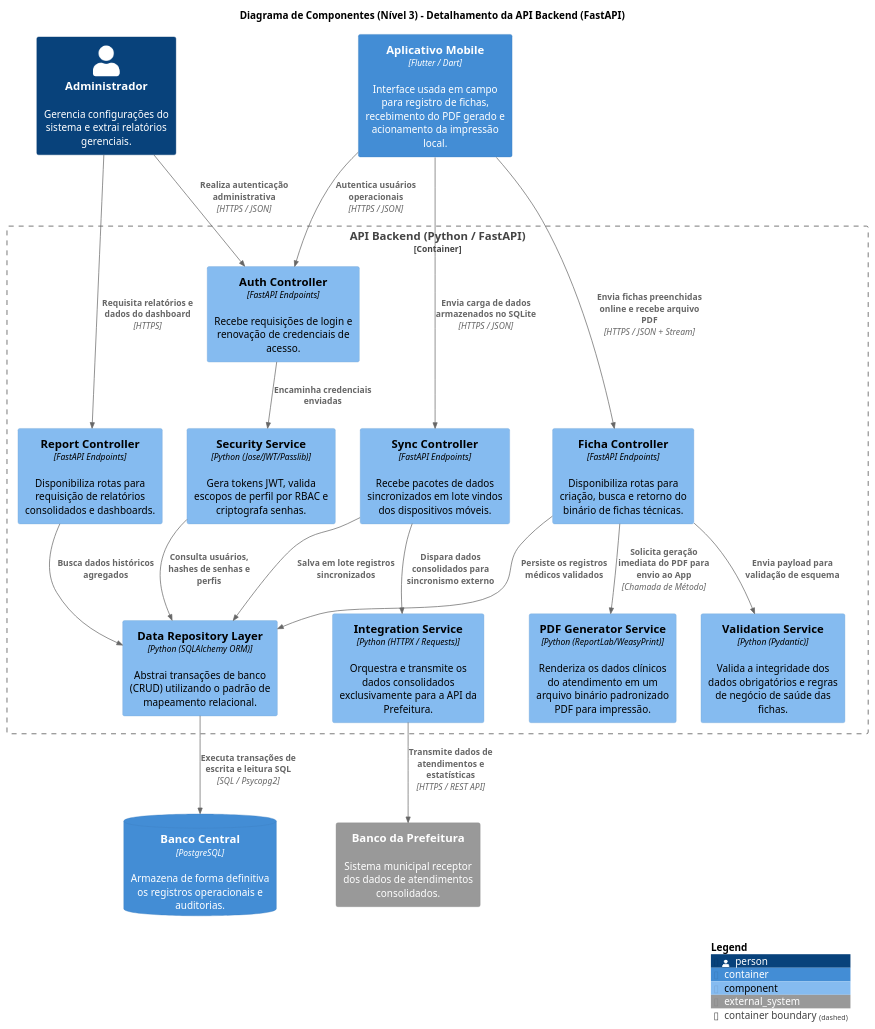
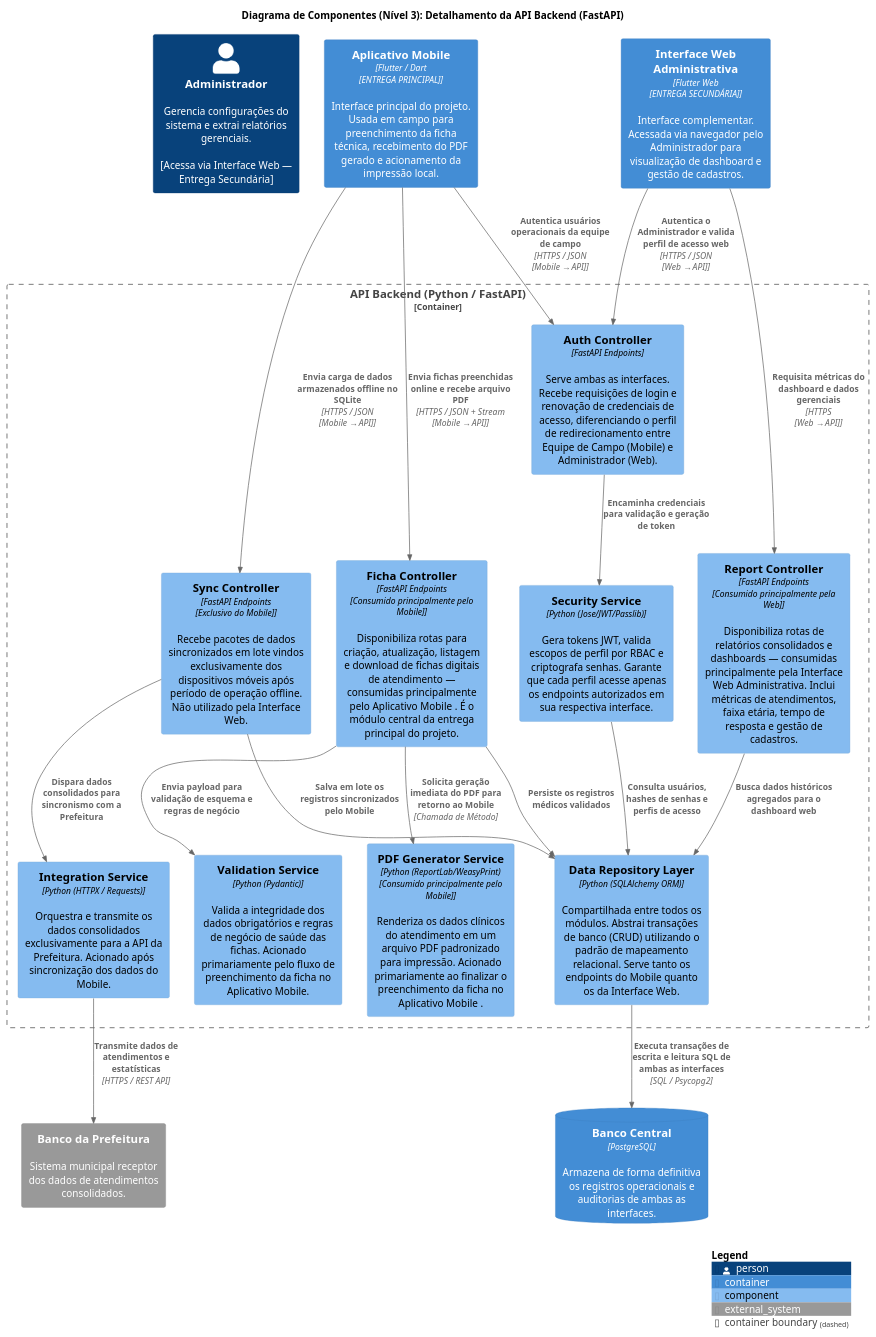
Before and after one commit to Madu3304/Software_brava: the diagram in ModeloC4/nivel3.puml, drawn with PlantUML. The commit also changed 4 other files, not shown here.

```diff
--- a/ModeloC4/nivel3.puml
+++ b/ModeloC4/nivel3.puml
@@ -1,77 +1,104 @@
 @startuml c4Nivel3
 
 !include https://raw.githubusercontent.com/RicardoNiepel/C4-PlantUML/master/C4_Component.puml
-
-title Diagrama de Componentes (Nível 3) - Detalhamento da API Backend (FastAPI)
+title Diagrama de Componentes (Nível 3): Detalhamento da API Backend (FastAPI)
 
 ' ========================================================
 ' Elementos Externos à API (Atores e Containers do Nível 2)
 ' ========================================================
-Person(admin, "Administrador", "Gerencia configurações do sistema e extrai relatórios gerenciais.")
-Container(app_mobile, "Aplicativo Mobile", "Flutter / Dart", "Interface usada em campo para registro de fichas, recebimento do PDF gerado e acionamento da impressão local.")
+Person(admin, "Administrador", "Gerencia configurações do sistema e extrai relatórios gerenciais.\n\n[Acessa via Interface Web — Entrega Secundária]")
 
-ContainerDb(postgres, "Banco Central", "PostgreSQL", "Armazena de forma definitiva os registros operacionais e auditorias.")
+Container(app_mobile, "Aplicativo Mobile ", "Flutter / Dart\n[ENTREGA PRINCIPAL]", "Interface principal do projeto. Usada em campo para preenchimento da ficha técnica, recebimento do PDF gerado e acionamento da impressão local.")
+
+Container(app_web, "Interface Web Administrativa", "Flutter Web\n[ENTREGA SECUNDÁRIA]", "Interface complementar. Acessada via navegador pelo Administrador para visualização de dashboard e gestão de cadastros.")
+
+ContainerDb(postgres, "Banco Central", "PostgreSQL", "Armazena de forma definitiva os registros operacionais e auditorias de ambas as interfaces.")
+
 System_Ext(prefeitura, "Banco da Prefeitura", "Sistema municipal receptor dos dados de atendimentos consolidados.")
 
 ' ========================================================
 ' Fronteira do Container: API Backend
 ' ========================================================
 Container_Boundary(api, "API Backend (Python / FastAPI)") {
 
+    ' --------------------------------------------------------
     ' Módulo de Autenticação e Segurança
-    Component(auth_controller, "Auth Controller", "FastAPI Endpoints", "Recebe requisições de login e renovação de credenciais de acesso.")
-    Component(security_service, "Security Service", "Python (Jose/JWT/Passlib)", "Gera tokens JWT, valida escopos de perfil por RBAC e criptografa senhas.")
+    ' Serve tanto o Mobile quanto a Web
+    ' --------------------------------------------------------
+    Component(auth_controller, "Auth Controller", "FastAPI Endpoints", "Serve ambas as interfaces. Recebe requisições de login e renovação de credenciais de acesso, diferenciando o perfil de redirecionamento entre Equipe de Campo (Mobile) e Administrador (Web).")
 
+    Component(security_service, "Security Service", "Python (Jose/JWT/Passlib)", "Gera tokens JWT, valida escopos de perfil por RBAC e criptografa senhas. Garante que cada perfil acesse apenas os endpoints autorizados em sua respectiva interface.")
+
+    ' --------------------------------------------------------
     ' Módulo de Processamento de Fichas
-    Component(ficha_controller, "Ficha Controller", "FastAPI Endpoints", "Disponibiliza rotas para criação, busca e retorno do binário de fichas técnicas.")
-    Component(validation_service, "Validation Service", "Python (Pydantic)", "Valida a integridade dos dados obrigatórios e regras de negócio de saúde das fichas.")
+    ' Consumido primariamente pelo Aplicativo Mobile 
+    ' --------------------------------------------------------
+    Component(ficha_controller, "Ficha Controller", "FastAPI Endpoints\n[Consumido principalmente pelo Mobile]", "Disponibiliza rotas para criação, atualização, listagem e download de fichas digitais de atendimento — consumidas principalmente pelo Aplicativo Mobile . É o módulo central da entrega principal do projeto.")
 
-    ' Módulo de Geração de Documentos e PDFs
-    Component(pdf_generator, "PDF Generator Service", "Python (ReportLab/WeasyPrint)", "Renderiza os dados clínicos do atendimento em um arquivo binário padronizado PDF para impressão.")
+    Component(validation_service, "Validation Service", "Python (Pydantic)", "Valida a integridade dos dados obrigatórios e regras de negócio de saúde das fichas. Acionado primariamente pelo fluxo de preenchimento da ficha no Aplicativo Mobile.")
 
+    ' --------------------------------------------------------
+    ' Módulo de Geração de PDF
+    ' Consumido primariamente pelo Aplicativo Mobile 
+    ' --------------------------------------------------------
+    Component(pdf_generator, "PDF Generator Service", "Python (ReportLab/WeasyPrint)\n[Consumido principalmente pelo Mobile]", "Renderiza os dados clínicos do atendimento em um arquivo PDF padronizado para impressão. Acionado primariamente ao finalizar o preenchimento da ficha no Aplicativo Mobile .")
+
+    ' --------------------------------------------------------
     ' Módulo de Administração e Relatórios Operacionais
-    Component(report_controller, "Report Controller", "FastAPI Endpoints", "Disponibiliza rotas para requisição de relatórios consolidados e dashboards.")
+    ' Consumido primariamente pela Interface Web Administrativa
+    ' --------------------------------------------------------
+    Component(report_controller, "Report Controller", "FastAPI Endpoints\n[Consumido principalmente pela Web]", "Disponibiliza rotas de relatórios consolidados e dashboards — consumidas principalmente pela Interface Web Administrativa. Inclui métricas de atendimentos, faixa etária, tempo de resposta e gestão de cadastros.")
 
+    ' --------------------------------------------------------
     ' Módulo de Sincronização e Integração
-    Component(sync_controller, "Sync Controller", "FastAPI Endpoints", "Recebe pacotes de dados sincronizados em lote vindos dos dispositivos móveis.")
-    Component(integration_service, "Integration Service", "Python (HTTPX / Requests)", "Orquestra e transmite os dados consolidados exclusivamente para a API da Prefeitura.")
+    ' Exclusivo do Aplicativo Mobile  (modo offline)
+    ' --------------------------------------------------------
+    Component(sync_controller, "Sync Controller", "FastAPI Endpoints\n[Exclusivo do Mobile]", "Recebe pacotes de dados sincronizados em lote vindos exclusivamente dos dispositivos móveis após período de operação offline. Não utilizado pela Interface Web.")
 
+    Component(integration_service, "Integration Service", "Python (HTTPX / Requests)", "Orquestra e transmite os dados consolidados exclusivamente para a API da Prefeitura. Acionado após sincronização dos dados do Mobile.")
+
+    ' --------------------------------------------------------
     ' Camada de Dados Compartilhada
-    Component(repository, "Data Repository Layer", "Python (SQLAlchemy ORM)", "Abstrai transações de banco (CRUD) utilizando o padrão de mapeamento relacional.")
+    ' Serve tanto o Mobile quanto a Web
+    ' --------------------------------------------------------
+    Component(repository, "Data Repository Layer", "Python (SQLAlchemy ORM)", "Compartilhada entre todos os módulos. Abstrai transações de banco (CRUD) utilizando o padrão de mapeamento relacional. Serve tanto os endpoints do Mobile quanto os da Interface Web.")
 }
 
 ' ========================================================
 ' Relacionamentos / Fluxos de Comunicação
 ' ========================================================
 
-' Fluxos dos Atores/Containers para os Endpoints da API
-Rel(admin, auth_controller, "Realiza autenticação administrativa", "HTTPS / JSON")
-Rel(admin, report_controller, "Requisita relatórios e dados do dashboard", "HTTPS")
+' Fluxos do Aplicativo Mobile  (Entrega Principal)
+Rel(app_mobile, auth_controller, "Autentica usuários operacionais da equipe de campo", "HTTPS / JSON\n[Mobile → API]")
+Rel(app_mobile, ficha_controller, "Envia fichas preenchidas online e recebe arquivo PDF", "HTTPS / JSON + Stream\n[Mobile → API]")
+Rel(app_mobile, sync_controller, "Envia carga de dados armazenados offline no SQLite", "HTTPS / JSON\n[Mobile → API]")
 
-Rel(app_mobile, auth_controller, "Autentica usuários operacionais", "HTTPS / JSON")
-Rel(app_mobile, ficha_controller, "Envia fichas preenchidas online e recebe arquivo PDF", "HTTPS / JSON + Stream")
-Rel(app_mobile, sync_controller, "Envia carga de dados armazenados no SQLite", "HTTPS / JSON")
+' Fluxos da Interface Web Administrativa (Entrega Secundária)
+Rel(app_web, auth_controller, "Autentica o Administrador e valida perfil de acesso web", "HTTPS / JSON\n[Web → API]")
+Rel(app_web, report_controller, "Requisita métricas do dashboard e dados gerenciais", "HTTPS\n[Web → API]")
 
 ' Interações Internas do Módulo de Autenticação e Segurança
-Rel(auth_controller, security_service, "Encaminha credenciais enviadas")
-Rel(security_service, repository, "Consulta usuários, hashes de senhas e perfis")
+Rel(auth_controller, security_service, "Encaminha credenciais para validação e geração de token")
+Rel(security_service, repository, "Consulta usuários, hashes de senhas e perfis de acesso")
 
-' Interações Internas do Módulo de Fichas e Geração Automática do PDF
-Rel(ficha_controller, validation_service, "Envia payload para validação de esquema")
+' Interações Internas do Módulo de Fichas (fluxo principal — Mobile)
+Rel(ficha_controller, validation_service, "Envia payload para validação de esquema e regras de negócio")
 Rel(ficha_controller, repository, "Persiste os registros médicos validados")
-Rel(ficha_controller, pdf_generator, "Solicita geração imediata do PDF para envio ao App", "Chamada de Método")
+Rel(ficha_controller, pdf_generator, "Solicita geração imediata do PDF para retorno ao Mobile", "Chamada de Método")
 
-' Interações Internas do Módulo de Sincronização e Integrações Externas
-Rel(sync_controller, repository, "Salva em lote registros sincronizados")
-Rel(sync_controller, integration_service, "Dispara dados consolidados para sincronismo externo")
+' Interações Internas do Módulo de Sincronização (exclusivo Mobile)
+Rel(sync_controller, repository, "Salva em lote os registros sincronizados pelo Mobile")
+Rel(sync_controller, integration_service, "Dispara dados consolidados para sincronismo com a Prefeitura")
 Rel(integration_service, prefeitura, "Transmite dados de atendimentos e estatísticas", "HTTPS / REST API")
 
-' Interações Internas do Módulo de Relatórios Gerenciais
-Rel(report_controller, repository, "Busca dados históricos agregados")
+' Interações Internas do Módulo de Relatórios (fluxo secundário — Web)
+Rel(report_controller, repository, "Busca dados históricos agregados para o dashboard web")
 
-' Saída da Camada de Dados para o Container do Banco Central
-Rel(repository, postgres, "Executa transações de escrita e leitura SQL", "SQL / Psycopg2")
+' Saída da Camada de Dados para o Banco Central
+Rel(repository, postgres, "Executa transações de escrita e leitura SQL de ambas as interfaces", "SQL / Psycopg2")
 
-' Configuração de Legenda Obrigatória do C4
+' ========================================================
+' Configuração de Legenda
+' ========================================================
 SHOW_LEGEND()
 @enduml
```
